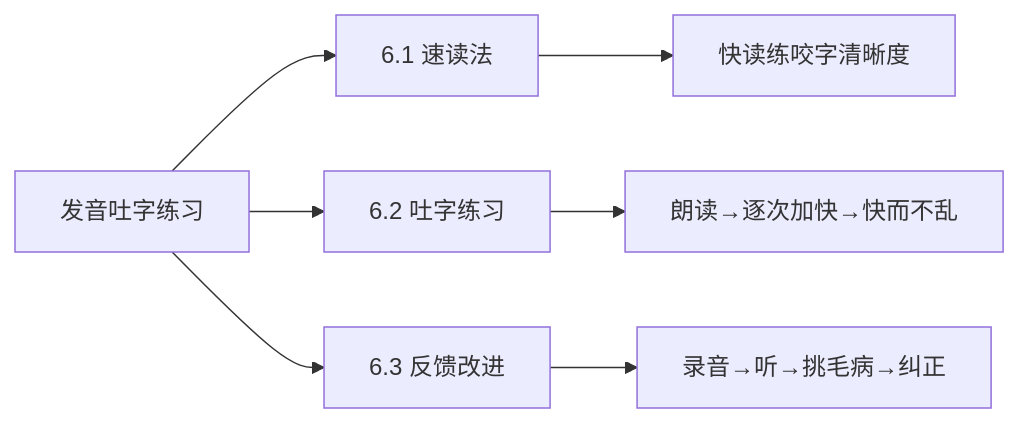
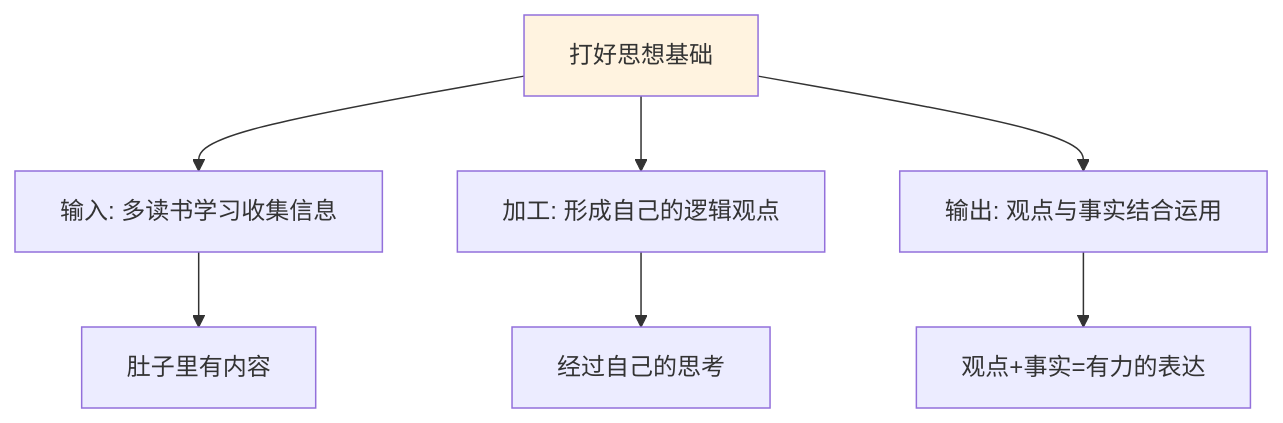
Before and after one commit to chongyang211/YCBookBlog: the sixth of 11 diagrams in 10.自我进阶提升书/06.语言沟通的演进/6.1语言底蕴的提升.md, drawn with Mermaid. The commit also changed other lines of this file and 8 other files, not shown here.

````diff
--- a/10.自我进阶提升书/06.语言沟通的演进/6.1语言底蕴的提升.md
+++ b/10.自我进阶提升书/06.语言沟通的演进/6.1语言底蕴的提升.md
@@ -141,9 +210,10 @@
 ```mermaid
-graph LR
-    A[发音吐字练习] --> B[6.1 速读法]
-    A --> C[6.2 吐字练习]
-    A --> D[6.3 反馈改进]
-    B --> B1[快读练咬字清晰度]
-    C --> C1[朗读→逐次加快→快而不乱]
-    D --> D1[录音→听→挑毛病→纠正]
+graph TD
+    A[打好思想基础] --> B[输入: 多读书学习收集信息]
+    A --> C[加工: 形成自己的逻辑观点]
+    A --> D[输出: 观点与事实结合运用]
+    B --> B1[肚子里有内容]
+    C --> C1[经过自己的思考]
+    D --> D1[观点+事实=有力的表达]
+    style A fill:#fff3e0
 ```
````
